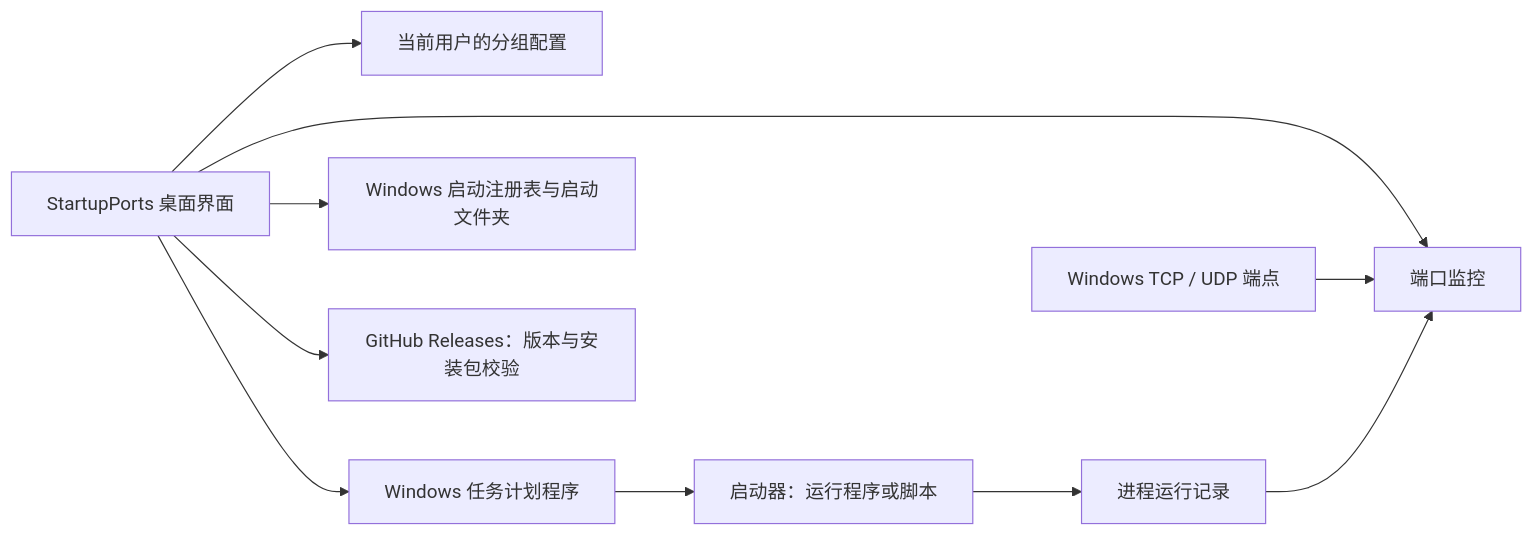
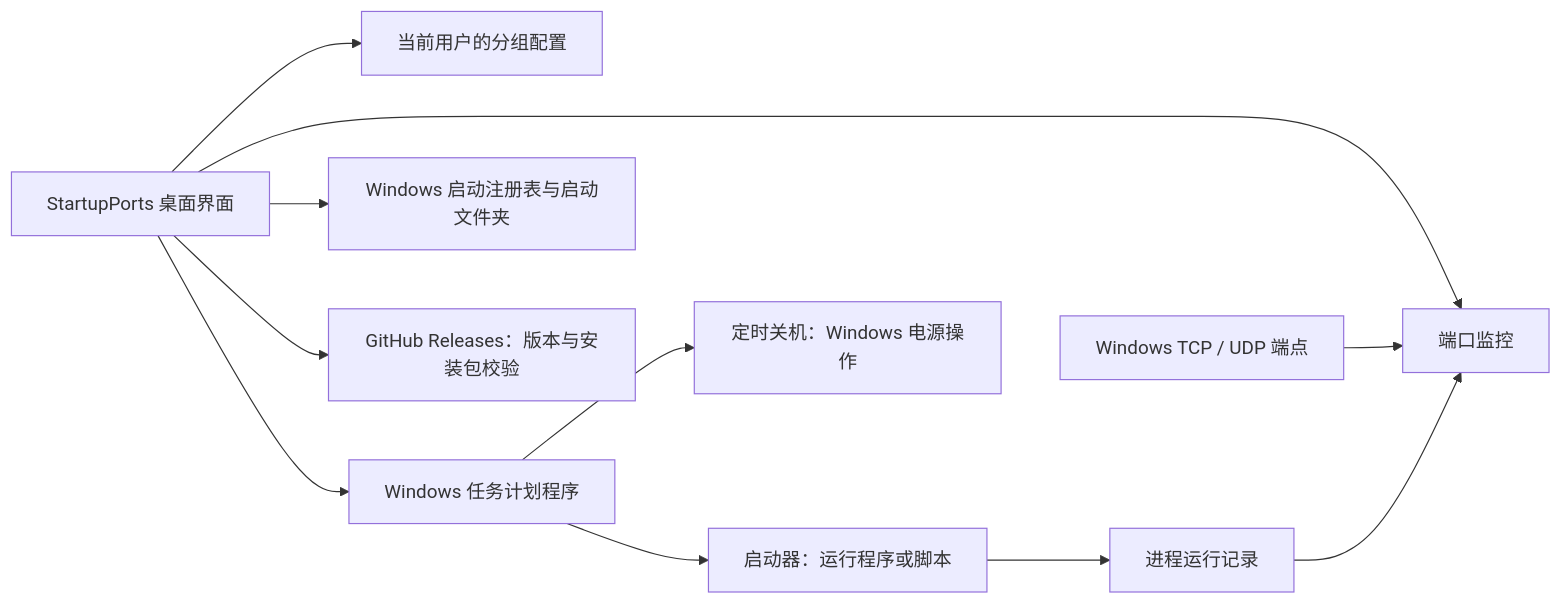
One commit to Bigesila-B/startup-ports changed the diagram in README.md. Above: the diagram before and after it, drawn with Mermaid. The commit also changed other lines of this file and 17 other files, not shown here.

Commit message:
Add timed power actions to StartupPorts for Windows

````diff
--- a/README.md
+++ b/README.md
@@ -41,12 +47,13 @@
 ```mermaid
 flowchart LR
     UI["StartupPorts 桌面界面"] --> Groups["当前用户的分组配置"]
     UI --> Tasks["Windows 任务计划程序"]
     Tasks --> Runner["启动器：运行程序或脚本"]
+    Tasks --> Power["定时关机：Windows 电源操作"]
     Runner --> State["进程运行记录"]
     UI --> Startup["Windows 启动注册表与启动文件夹"]
     UI --> Ports["端口监控"]
     Windows["Windows TCP / UDP 端点"] --> Ports
     State --> Ports
     UI --> Updates["GitHub Releases：版本与安装包校验"]
 ```
````
